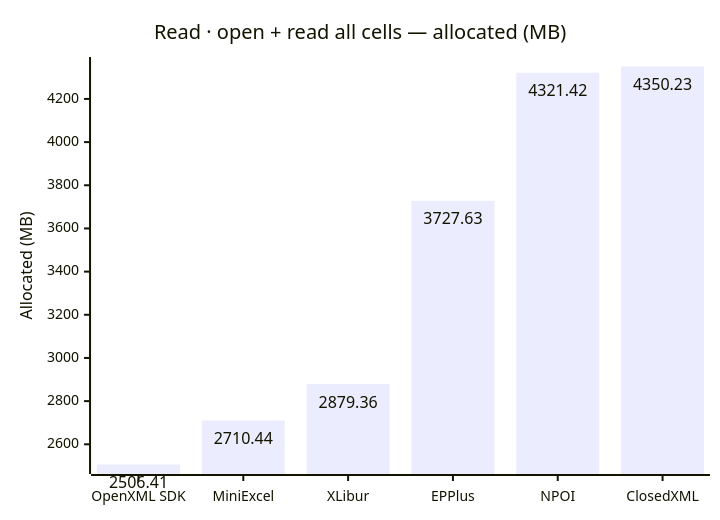
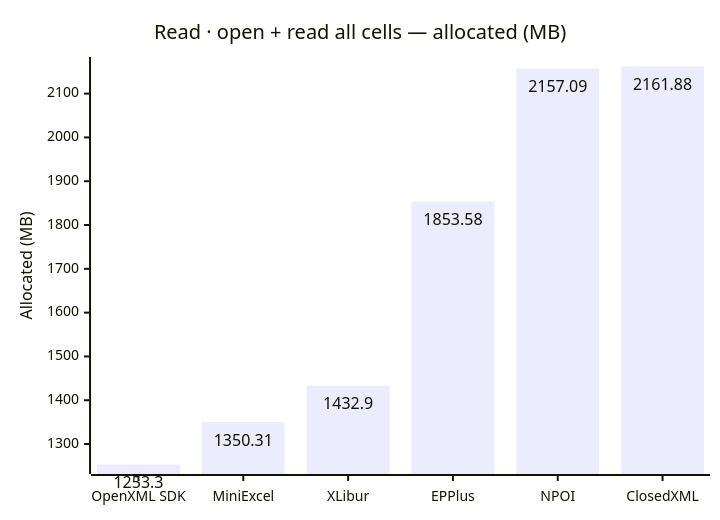
One commit to jafin/XLBench changed the fourth of 6 diagrams in docs/results.md. Above: the diagram before and after it, drawn with Mermaid. The commit also changed other lines of this file and 5 other files, not shown here.

````diff
--- a/docs/results.md
+++ b/docs/results.md
@@ -73,12 +73,12 @@
 ```mermaid
 ---
 config:
   xyChart:
     showDataLabel: true
 ---
 xychart-beta
     title "Read · open + read all cells — allocated (MB)"
     x-axis ["OpenXML SDK", "MiniExcel", "XLibur", "EPPlus", "NPOI", "ClosedXML"]
     y-axis "Allocated (MB)"
-    bar [2506.41, 2710.44, 2879.36, 3727.63, 4321.42, 4350.23]
+    bar [1253.3, 1350.31, 1432.9, 1853.58, 2157.09, 2161.88]
 ```
````
